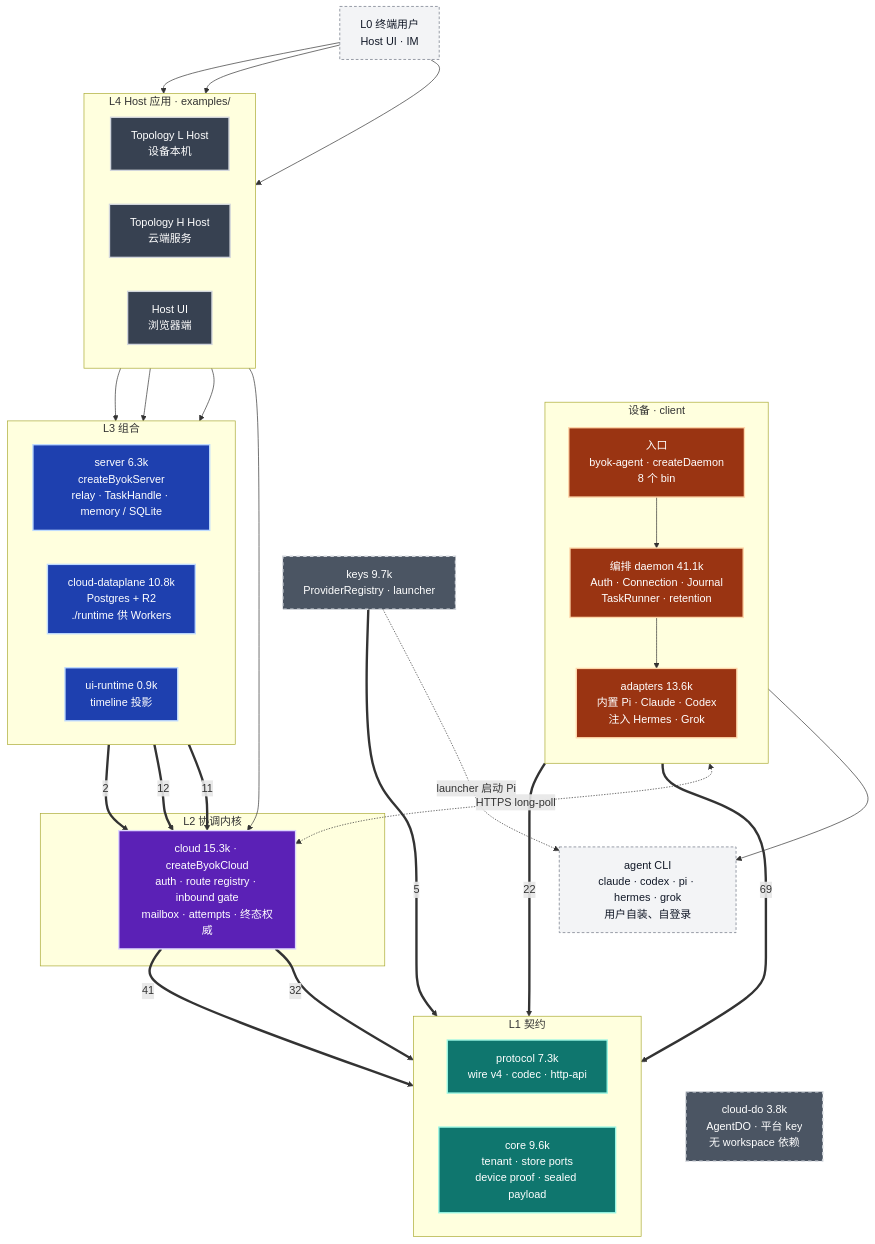
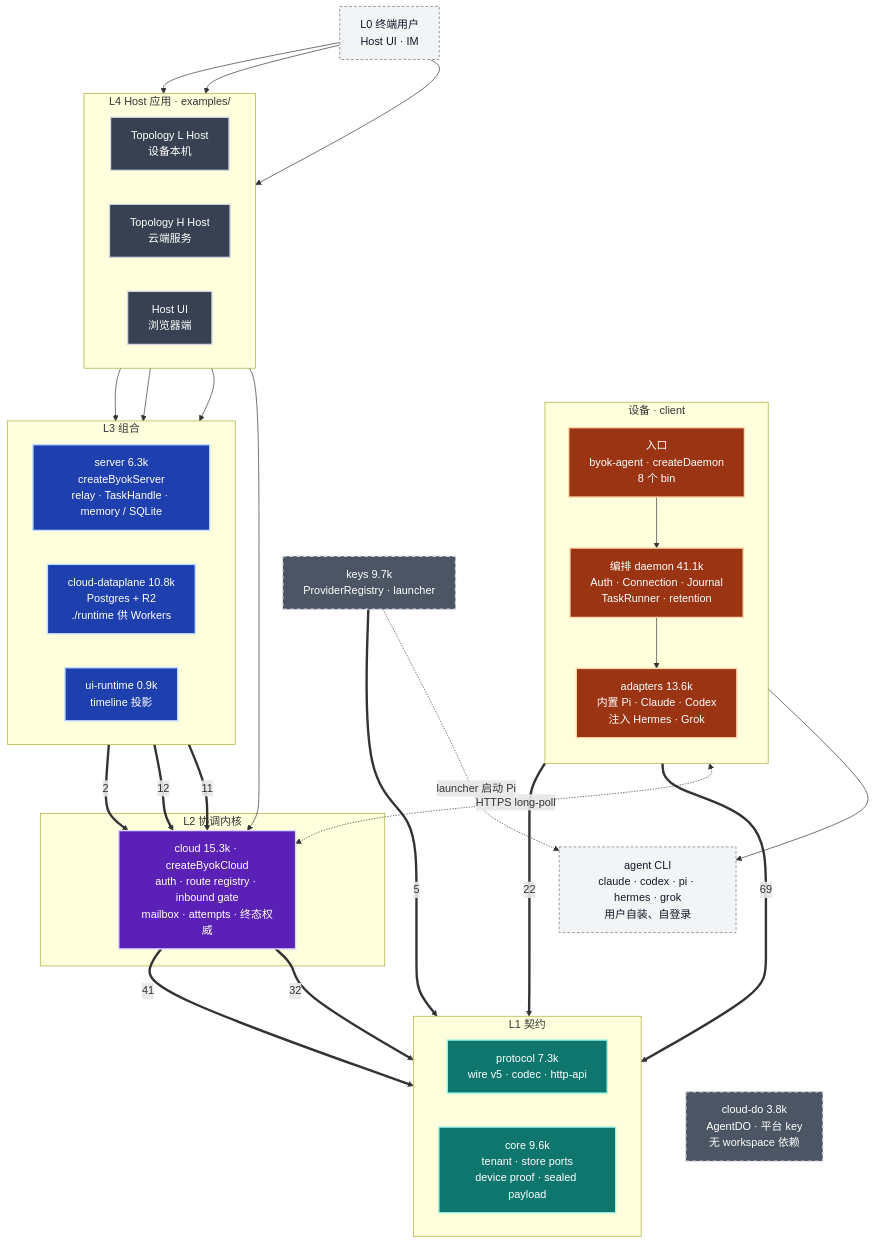
The first of 7 diagrams in docs/architecture/layered-architecture.md (Ancienttwo/byok-sdk), drawn with Mermaid before and after one commit. The commit also changed other lines of this file and 95 other files, not shown here.

````diff
--- a/docs/architecture/layered-architecture.md
+++ b/docs/architecture/layered-architecture.md
@@ -15,69 +15,69 @@
 ```mermaid
 flowchart TB
   classDef ext fill:#f3f4f6,stroke:#6b7280,color:#111827,stroke-dasharray:4 3
   classDef host fill:#374151,stroke:#d1d5db,stroke-width:2px,color:#fff
   classDef compose fill:#1e40af,stroke:#bfdbfe,stroke-width:2px,color:#fff
   classDef kernel fill:#5b21b6,stroke:#ddd6fe,stroke-width:2px,color:#fff
   classDef contract fill:#0f766e,stroke:#99f6e4,stroke-width:2px,color:#fff
   classDef device fill:#9a3412,stroke:#fed7aa,stroke-width:2px,color:#fff
   classDef side fill:#4b5563,stroke:#d1d5db,stroke-width:2px,color:#fff,stroke-dasharray:5 5
 
   User["L0 终端用户<br/>Host UI · IM"]:::ext
 
   subgraph L4["L4 Host 应用 · examples/"]
     direction LR
     HostL["Topology L Host<br/>设备本机"]:::host
     HostH["Topology H Host<br/>云端服务"]:::host
     HostUI["Host UI<br/>浏览器端"]:::host
   end
 
   subgraph L3["L3 组合"]
     direction LR
     Server["server 6.3k<br/>createByokServer<br/>relay · TaskHandle · memory / SQLite"]:::compose
     Dataplane["cloud-dataplane 10.8k<br/>Postgres + R2<br/>./runtime 供 Workers"]:::compose
     UiRuntime["ui-runtime 0.9k<br/>timeline 投影"]:::compose
   end
 
   subgraph L2["L2 协调内核"]
     Cloud["cloud 15.3k · createByokCloud<br/>auth · route registry · inbound gate<br/>mailbox · attempts · 终态权威"]:::kernel
   end
 
   subgraph L1["L1 契约"]
     direction LR
-    Protocol["protocol 7.3k<br/>wire v4 · codec · http-api"]:::contract
+    Protocol["protocol 7.3k<br/>wire v5 · codec · http-api"]:::contract
     Core["core 9.6k<br/>tenant · store ports<br/>device proof · sealed payload"]:::contract
   end
 
   subgraph DEV["设备 · client"]
     direction TB
     DEntry["入口<br/>byok-agent · createDaemon<br/>8 个 bin"]:::device
     DOrch["编排 daemon 41.1k<br/>Auth · Connection · Journal<br/>TaskRunner · retention"]:::device
     DAdapt["adapters 13.6k<br/>内置 Pi · Claude · Codex<br/>注入 Hermes · Grok"]:::device
     DEntry --> DOrch --> DAdapt
   end
 
   CLIs["agent CLI<br/>claude · codex · pi · hermes · grok<br/>用户自装、自登录"]:::ext
   Keys["keys 9.7k<br/>ProviderRegistry · launcher"]:::side
   CloudDo["cloud-do 3.8k<br/>AgentDO · 平台 key<br/>无 workspace 依赖"]:::side
 
   User --> HostL
   User --> HostH
   User --> HostUI
   User ~~~ DEntry
   HostL --> Server
   HostH --> Cloud
   HostH --> Dataplane
   HostUI --> UiRuntime
   Server ==>|"11"| Cloud
   Dataplane ==>|"12"| Cloud
   UiRuntime ==>|"2"| Cloud
   Cloud ==>|"32"| Protocol
   Cloud ==>|"41"| Core
   DOrch ==>|"69"| Protocol
   DOrch ==>|"22"| Core
   Keys ==>|"5"| Core
   DAdapt --> CLIs
   Keys -.->|"launcher 启动 Pi"| CLIs
   DOrch <-.->|"HTTPS long-poll"| Cloud
   CLIs ~~~ CloudDo
 ```
````
